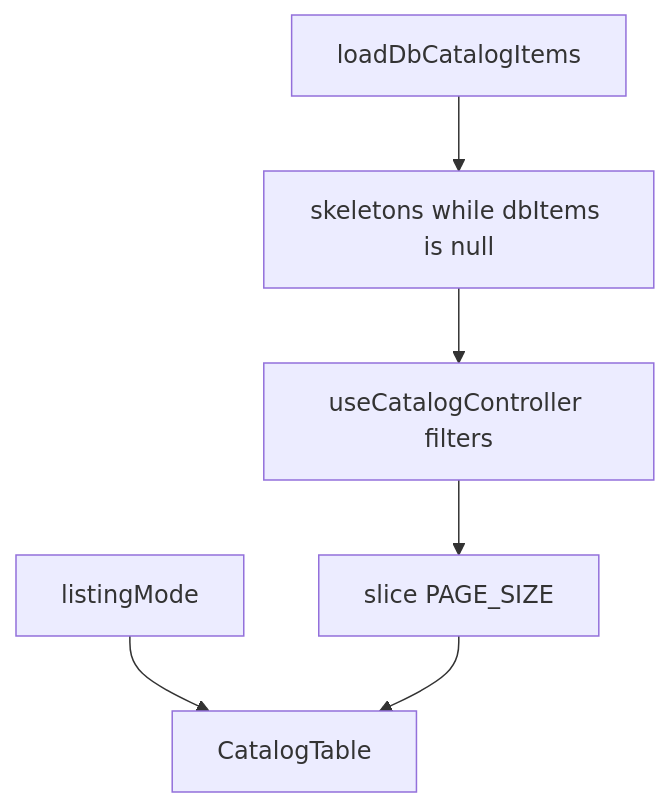
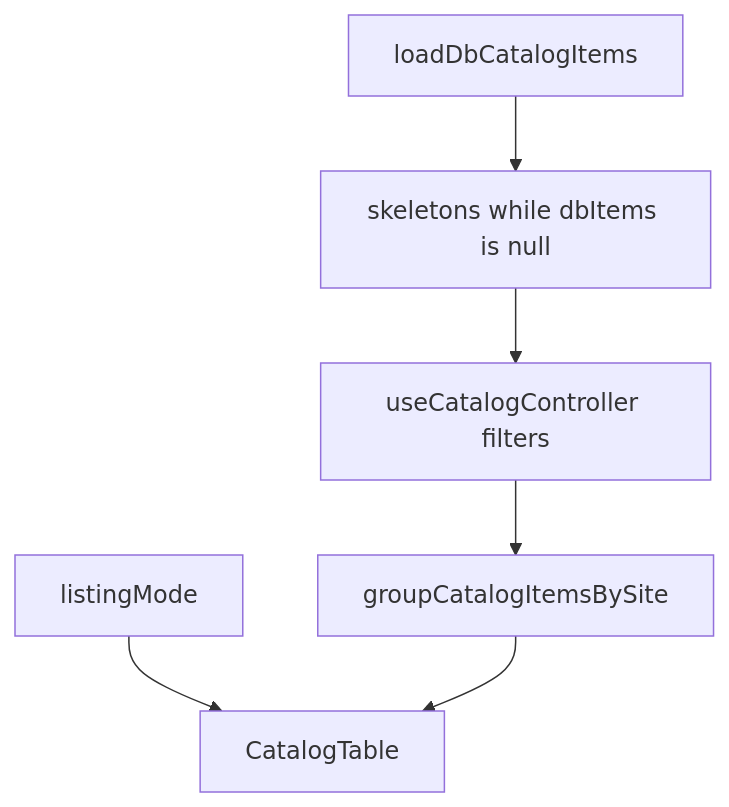
Before and after one commit to dzorogh/oryx: the diagram in docs/features/store-pim-catalog.md, drawn with Mermaid. The commit also changed other lines of this file and 9 other files, not shown here.

````diff
--- a/docs/features/store-pim-catalog.md
+++ b/docs/features/store-pim-catalog.md
@@ -82,15 +87,15 @@
 ```mermaid
 flowchart TD
   db[loadDbCatalogItems]
   wait[skeletons while dbItems is null]
   filter[useCatalogController filters]
-  page[slice PAGE_SIZE]
+  groups[groupCatalogItemsBySite]
   ui[CatalogTable]
   mode[listingMode]
 
   db --> wait
   wait --> filter
+  filter --> groups
   mode --> ui
-  filter --> page
-  page --> ui
+  groups --> ui
 ```
````
